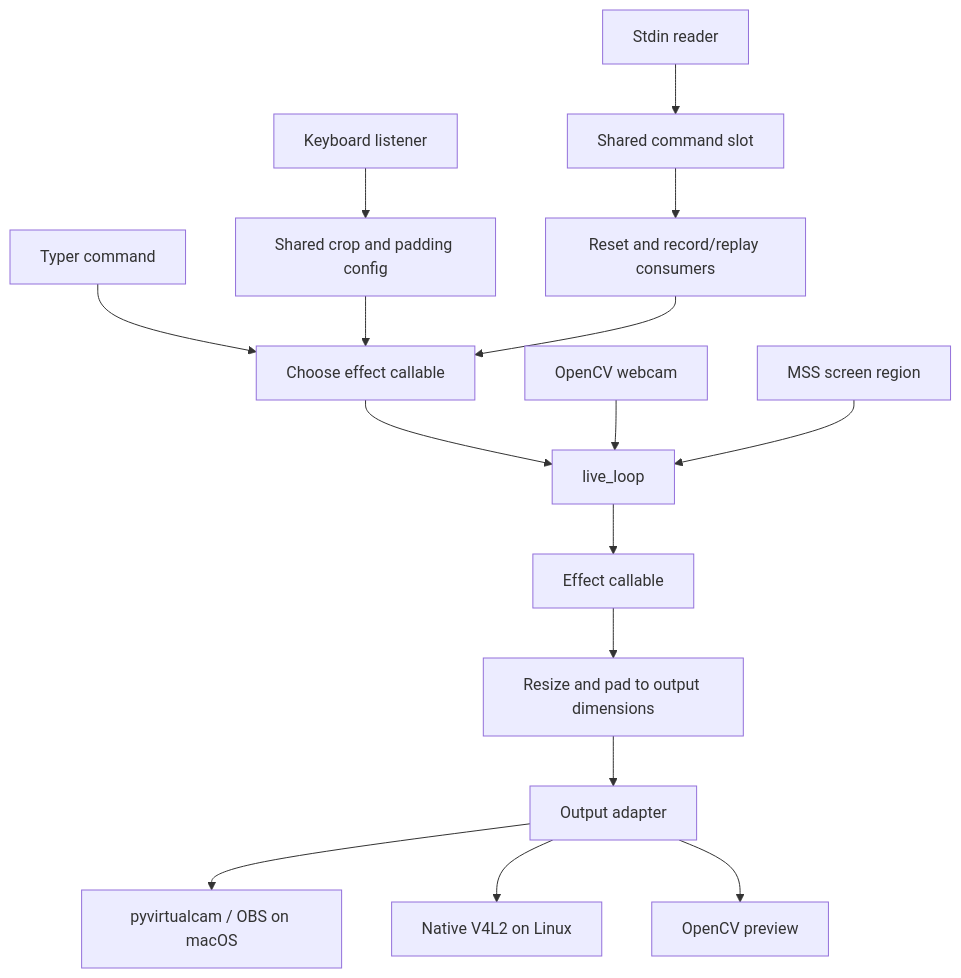
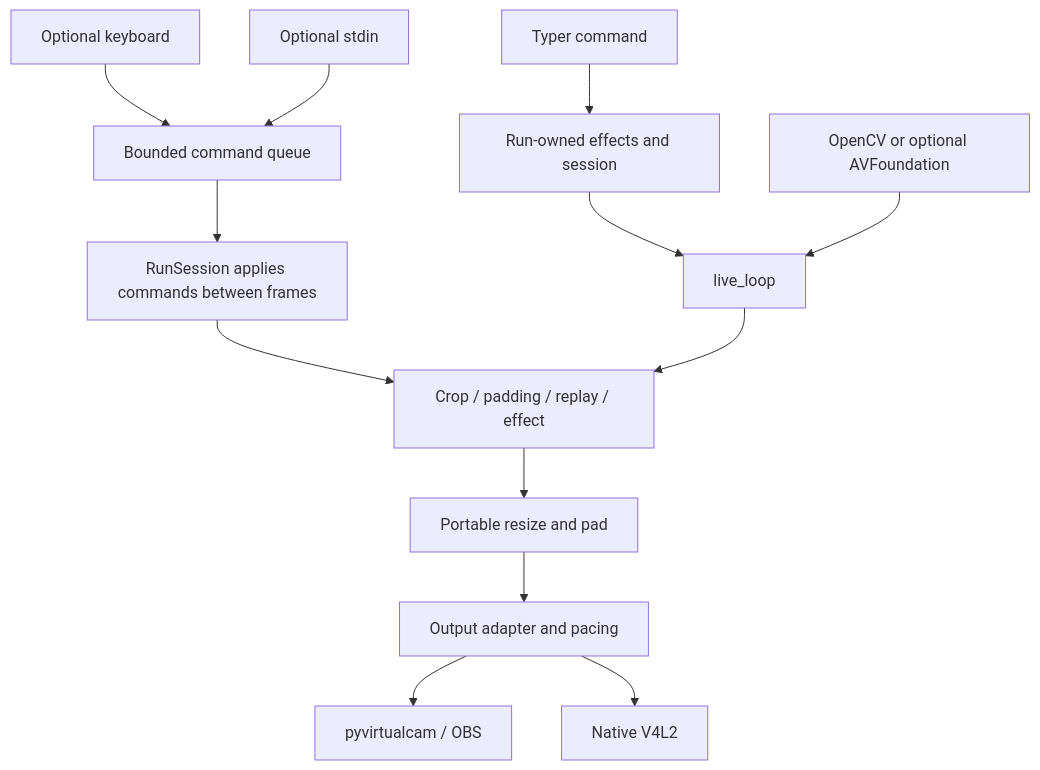
One commit to hamidzr/webcam-mods changed the diagram in docs/architecture.md. Above: the diagram before and after it, drawn with Mermaid. The commit also changed other lines of this file and 5 other files, not shown here.

Commit message:
docs: record native backend usage and evidence

````diff
--- a/docs/architecture.md
+++ b/docs/architecture.md
@@ -46,18 +22,15 @@
 ```mermaid
 flowchart TD
-    CLI[Typer command] --> Compose[Choose effect callable]
-    Compose --> Loop[live_loop]
-    Webcam[OpenCV webcam] --> Loop
-    Screen[MSS screen region] --> Loop
-    Loop --> Effect[Effect callable]
-    Effect --> Resize[Resize and pad to output dimensions]
-    Resize --> Output[Output adapter]
-    Output --> OBS[pyvirtualcam / OBS on macOS]
-    Output --> Linux[Native V4L2 on Linux]
-    Output --> GUI[OpenCV preview]
-    Keyboard[Keyboard listener] --> Config[Shared crop and padding config]
-    Config --> Compose
-    Stdin[Stdin reader] --> Slot[Shared command slot]
-    Slot --> Controls[Reset and record/replay consumers]
-    Controls --> Compose
+    CLI[Typer command] --> Run[Run-owned effects and session]
+    Keyboard[Optional keyboard] --> Queue[Bounded command queue]
+    Stdin[Optional stdin] --> Queue
+    Queue --> Session[RunSession applies commands between frames]
+    Run --> Loop[live_loop]
+    Session --> Effect[Crop / padding / replay / effect]
+    Camera[OpenCV or optional AVFoundation] --> Loop
+    Loop --> Effect
+    Effect --> Resize[Portable resize and pad]
+    Resize --> Output[Output adapter and pacing]
+    Output --> Mac[pyvirtualcam / OBS]
+    Output --> Linux[Native V4L2]
 ```
````
